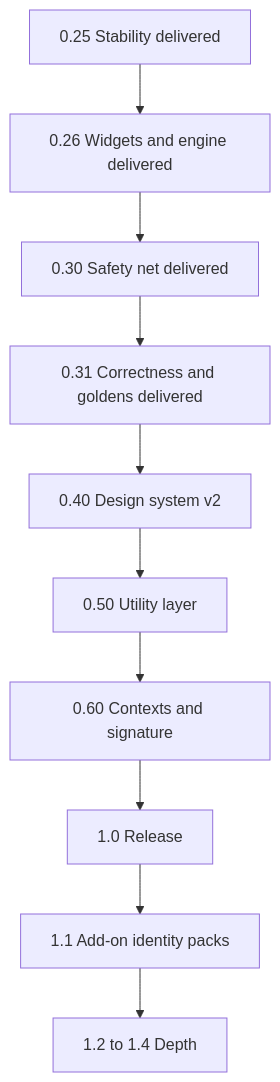
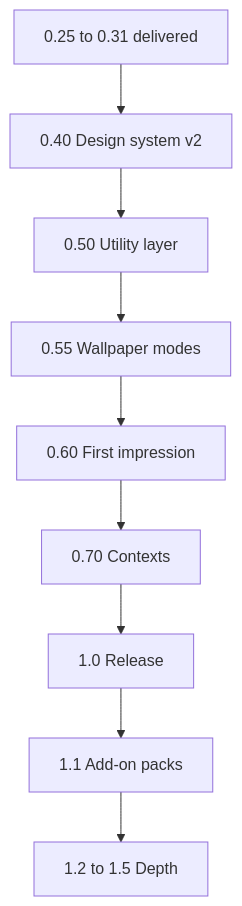
One commit to Nicolas-Rigaudy/archeotech-dotfiles changed the diagram in logics/roadmap/road_001_archeotech_shell.md. Above: the diagram before and after it, drawn with Mermaid. The commit also changed other lines of this file and 12 other files, not shown here.

Commit message:
chg[MD]: re-sequence shell roadmap; scope screensaver engine for 0.60

````diff
--- a/logics/roadmap/road_001_archeotech_shell.md
+++ b/logics/roadmap/road_001_archeotech_shell.md
@@ -18,14 +18,13 @@
 ```mermaid
 flowchart TD
-  A[0.25 Stability delivered]
-  B[0.26 Widgets and engine delivered]
-  C[0.30 Safety net delivered]
-  D[0.31 Correctness and goldens delivered]
+  A[0.25 to 0.31 delivered]
   E[0.40 Design system v2]
   F[0.50 Utility layer]
-  G[0.60 Contexts and signature]
+  W[0.55 Wallpaper modes]
+  G[0.60 First impression]
+  C[0.70 Contexts]
   H[1.0 Release]
-  I[1.1 Add-on identity packs]
-  J[1.2 to 1.4 Depth]
-  A --> B --> C --> D --> E --> F --> G --> H --> I --> J
+  I[1.1 Add-on packs]
+  J[1.2 to 1.5 Depth]
+  A --> E --> F --> W --> G --> C --> H --> I --> J
 ```
````
